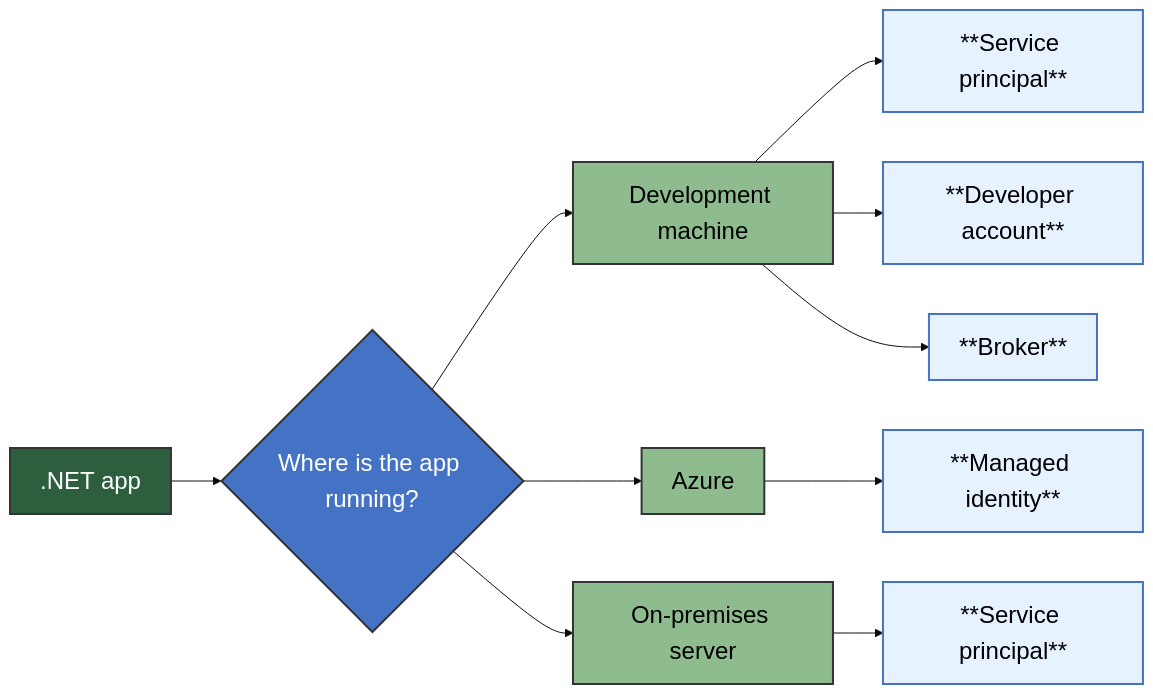
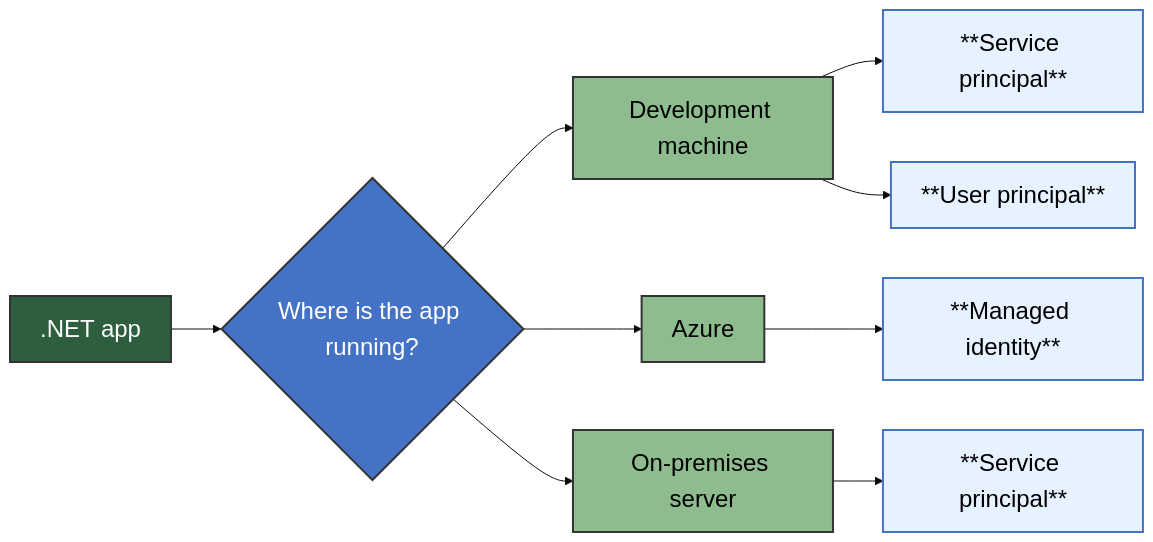
Before and after one commit to dotnet/docs: the diagram in docs/azure/sdk/media/mermaidjs/authentication-environments.md, drawn with Mermaid. The commit also changed 7 other files, not shown here.

````diff
--- a/docs/azure/sdk/media/mermaidjs/authentication-environments.md
+++ b/docs/azure/sdk/media/mermaidjs/authentication-environments.md
@@ -6,42 +6,41 @@
 ```mermaid
 %% STEPS TO GENERATE IMAGE 
 %% ======================= 
 %% 1. Install mermaid CLI v10.9.1 (see https://github.com/mermaid-js/mermaid-cli/blob/master/README.md): 
 %%    npm i -g @mermaid-js/mermaid-cli@10.9.1 
 %% 2. Run command: mmdc -i authentication-environments.md -o ../../media/mermaidjs/authentication-environments.svg 
 
 %%{init: {'theme':'base', 'themeVariables': { 'primaryColor': '#fff', 'edgeLabelBackground':'#fff', 'fontSize': '24px'}}}%%
 flowchart LR
     NetApp[".NET app"]
     Q1{Where is the app running?}
     
     NetApp --> Q1
     
     %% Local Development Machine Branch
     Q1 --> LocalDev[Development machine]
     LocalDev --> AppSP["**Service principal**"]
-    LocalDev --> DevAccount["**Developer account**"]
-    LocalDev --> Broker["**Broker**"]
+    LocalDev --> UserPrincipal["**User principal**"]
     
     %% Azure Branch
     Q1 --> AzureApp[Azure]
     AzureApp --> ManagedId["**Managed identity**"]
     
     %% On-premises Server Branch
     Q1 --> OnPremApp[On-premises server]
     OnPremApp --> ServicePrincipal["**Service principal**"]
 
     %% Styling
     classDef questionBox fill:#4472C4,stroke:#333,stroke-width:2px,color:#fff,font-size:24px
     classDef authMethod fill:#e6f2ff,stroke:#4472C4,stroke-width:2px,color:#000,font-size:24px
     classDef envNode fill:#8fbc8f,stroke:#333,stroke-width:2px,color:#000,font-size:24px
     classDef startNode fill:#2d5f3f,stroke:#333,stroke-width:2px,color:#fff,font-size:24px
     
     %% Edge label styling
     linkStyle default font-size:24px
     
     class NetApp startNode
     class Q1 questionBox
-    class AppSP,DevAccount,Broker,ManagedId,ServicePrincipal authMethod
+    class AppSP,UserPrincipal,ManagedId,ServicePrincipal authMethod
     class LocalDev,AzureApp,OnPremApp envNode
 ```
````
